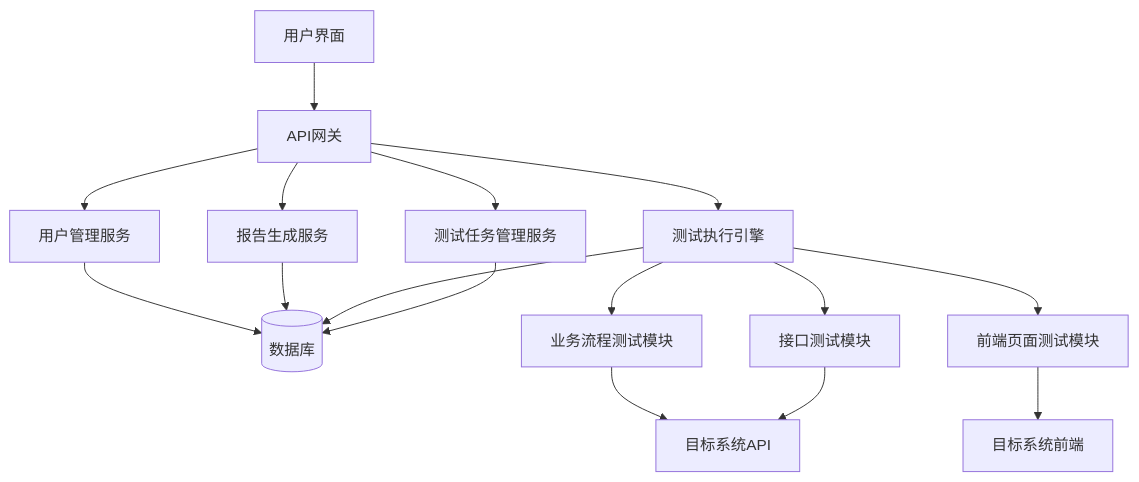
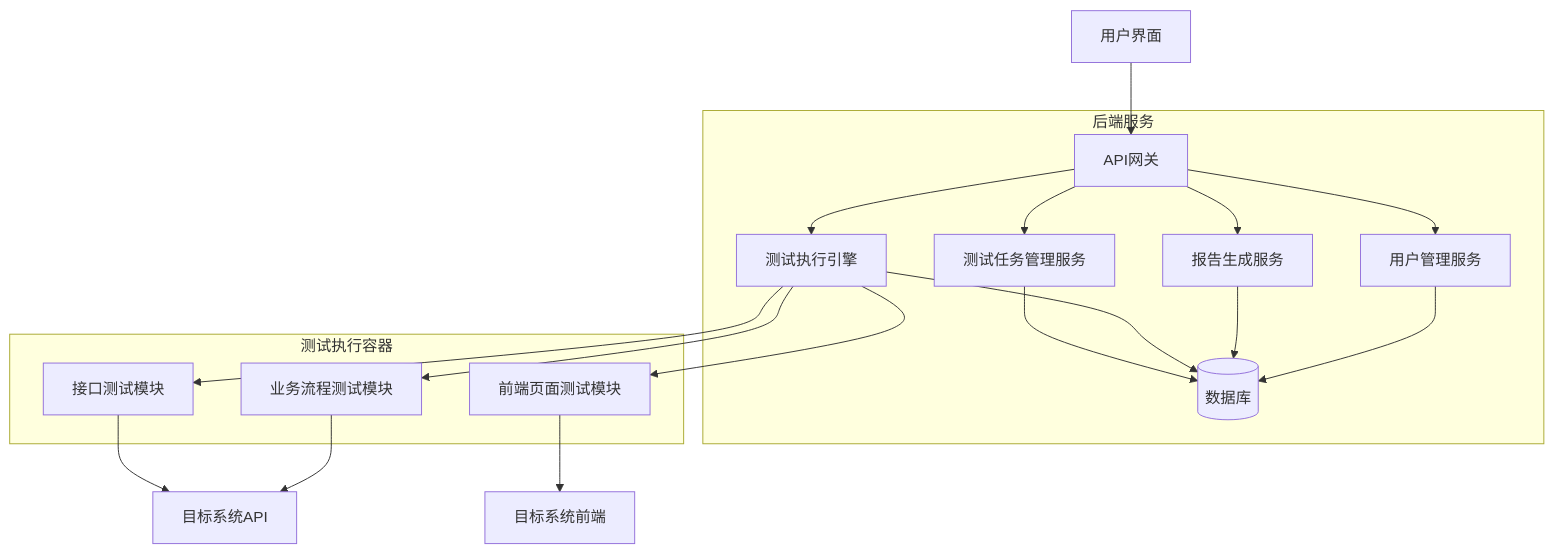
The first of 6 diagrams in .qoder/quests/system-testing-platform-development.md (haiyangxhy/end2end-testing-service), drawn with Mermaid before and after one commit. The commit also changed other lines of this file, not shown here.

````diff
--- a/.qoder/quests/system-testing-platform-development.md
+++ b/.qoder/quests/system-testing-platform-development.md
@@ -18,20 +18,35 @@
 ```mermaid
 graph TD
     A[用户界面] --> B[API网关]
     B --> C[测试任务管理服务]
     B --> D[测试执行引擎]
     B --> E[报告生成服务]
     B --> F[用户管理服务]
     
     C --> G[(数据库)]
     D --> H[接口测试模块]
     D --> I[业务流程测试模块]
     D --> J[前端页面测试模块]
     D --> G
     E --> G
     F --> G
     
     H --> K[目标系统API]
     I --> K
     J --> L[目标系统前端]
+
+    subgraph 后端服务
+        B
+        C
+        D
+        E
+        F
+        G
+    end
+
+    subgraph 测试执行容器
+        H
+        I
+        J
+    end
 ```
````
